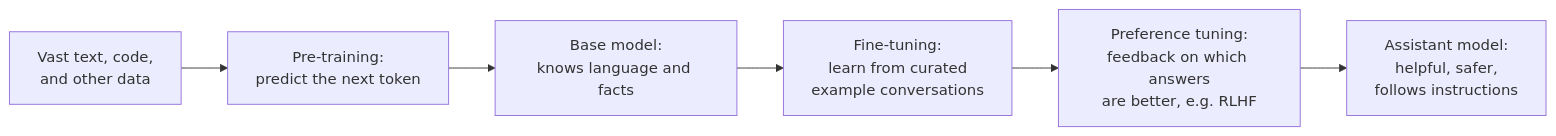
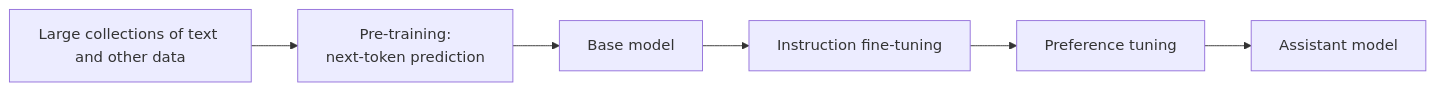
Before and after one commit to benngiiii/BABI-GULING: the second of 3 diagrams in Main/study-guide/V2.0/chapter-3-how-artificial-intelligence-works copy/how-artificial-intelligence-works.md, drawn with Mermaid. The commit also changed other lines of this file, not shown here.

````diff
--- a/Main/study-guide/V2.0/chapter-3-how-artificial-intelligence-works copy/how-artificial-intelligence-works.md
+++ b/Main/study-guide/V2.0/chapter-3-how-artificial-intelligence-works copy/how-artificial-intelligence-works.md
@@ -393,10 +674,10 @@
 ```mermaid
 flowchart LR
-    A["Vast text, code,<br/>and other data"]
-    B["Pre-training:<br/>predict the next token"]
-    C["Base model:<br/>knows language and facts"]
-    D["Fine-tuning:<br/>learn from curated<br/>example conversations"]
-    E["Preference tuning:<br/>feedback on which answers<br/>are better, e.g. RLHF"]
-    F["Assistant model:<br/>helpful, safer,<br/>follows instructions"]
+    A["Large collections of text and other data"]
+    B["Pre-training:<br/>next-token prediction"]
+    C["Base model"]
+    D["Instruction fine-tuning"]
+    E["Preference tuning"]
+    F["Assistant model"]
     A --> B --> C --> D --> E --> F
 ```
````
